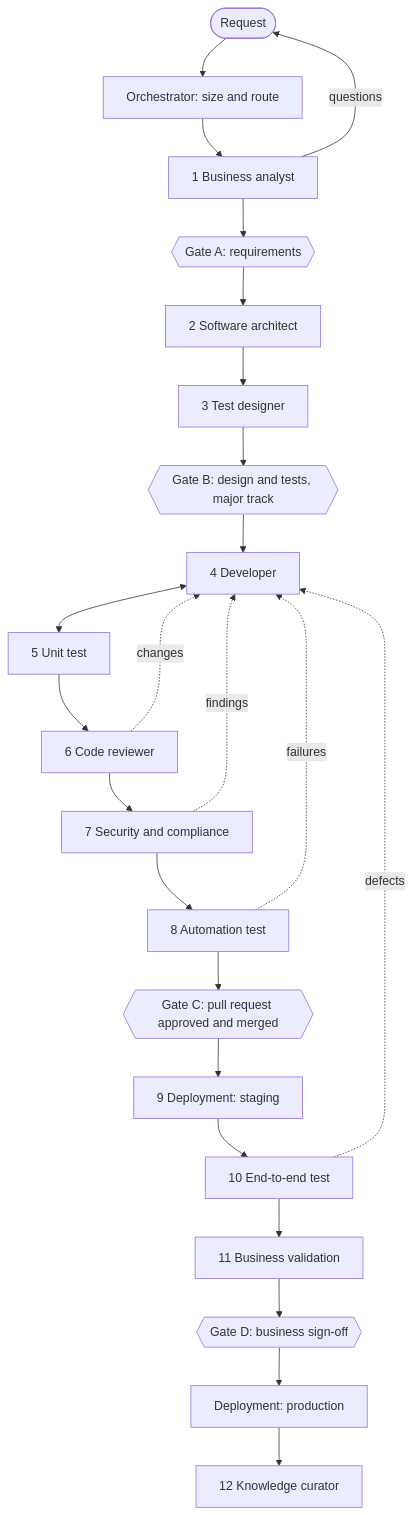
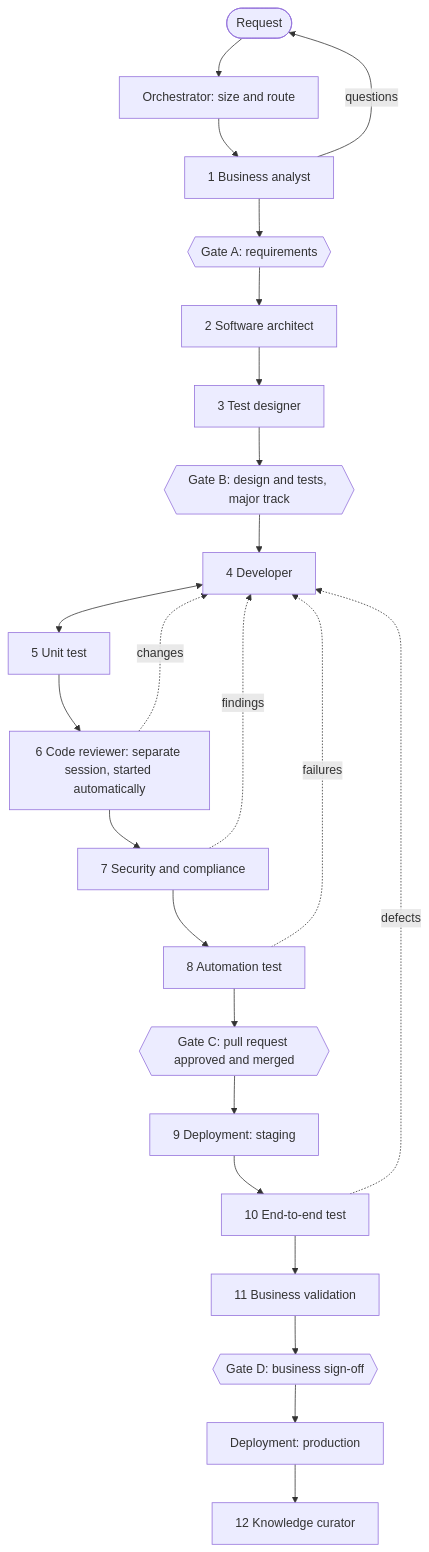
The diagram in docs/delivery/WORKFLOW.md (kishorjakkula/LatticePolicy), drawn with Mermaid before and after one commit. The commit also changed other lines of this file and 9 other files, not shown here.

First line of the commit message:
Delivery flow: ask for requirements approval unless waived; automatic independent code review

````diff
--- a/docs/delivery/WORKFLOW.md
+++ b/docs/delivery/WORKFLOW.md
@@ -24,26 +24,26 @@
 ```mermaid
 flowchart TD
   R([Request]) --> O[Orchestrator: size and route]
   O --> BA[1 Business analyst]
   BA -->|questions| R
   BA --> GA{{Gate A: requirements}}
   GA --> SA[2 Software architect]
   SA --> TD[3 Test designer]
   TD --> GB{{Gate B: design and tests, major track}}
   GB --> DEV[4 Developer]
   DEV <--> UT[5 Unit test]
-  UT --> CR[6 Code reviewer]
+  UT --> CR[6 Code reviewer: separate session, started automatically]
   CR -.->|changes| DEV
   CR --> SEC[7 Security and compliance]
   SEC -.->|findings| DEV
   SEC --> AT[8 Automation test]
   AT -.->|failures| DEV
   AT --> GC{{Gate C: pull request approved and merged}}
   GC --> DEP[9 Deployment: staging]
   DEP --> E2E[10 End-to-end test]
   E2E -.->|defects| DEV
   E2E --> BV[11 Business validation]
   BV --> GD{{Gate D: business sign-off}}
   GD --> PROD[Deployment: production]
   PROD --> KC[12 Knowledge curator]
 ```
````
